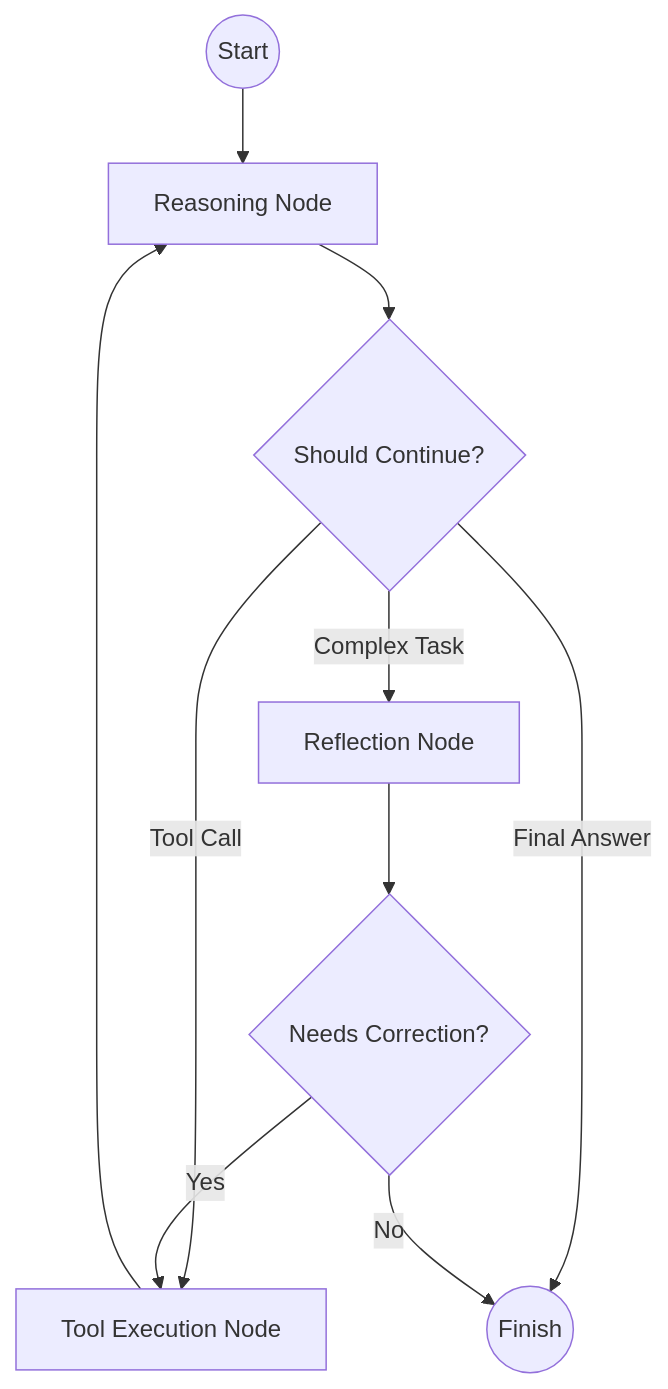
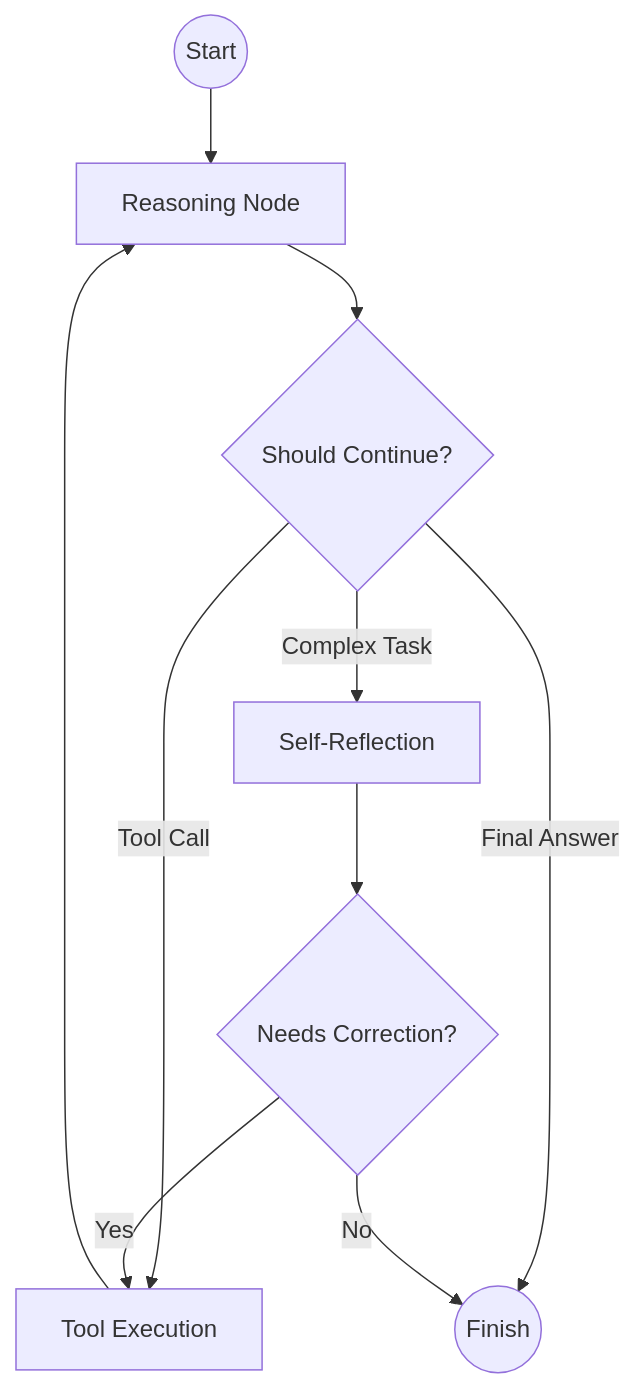
The diagram in README.md (puranikyashaswin/ARA), drawn with Mermaid before and after one commit. The commit also changed other lines of this file and 17 other files, not shown here.

````diff
--- a/README.md
+++ b/README.md
@@ -30,15 +29,15 @@
 ```mermaid
 graph TD
     Start((Start)) --> Reason[Reasoning Node]
     Reason --> Check{Should Continue?}
     
-    Check -- "Tool Call" --> Tools[Tool Execution Node]
+    Check -- "Tool Call" --> Tools[Tool Execution]
     Tools --> Reason
     
-    Check -- "Complex Task" --> Reflect[Reflection Node]
+    Check -- "Complex Task" --> Reflect[Self-Reflection]
     Check -- "Final Answer" --> Finish((Finish))
     
     Reflect --> AfterReflect{Needs Correction?}
     AfterReflect -- "Yes" --> Tools
     AfterReflect -- "No" --> Finish
 ```
````
